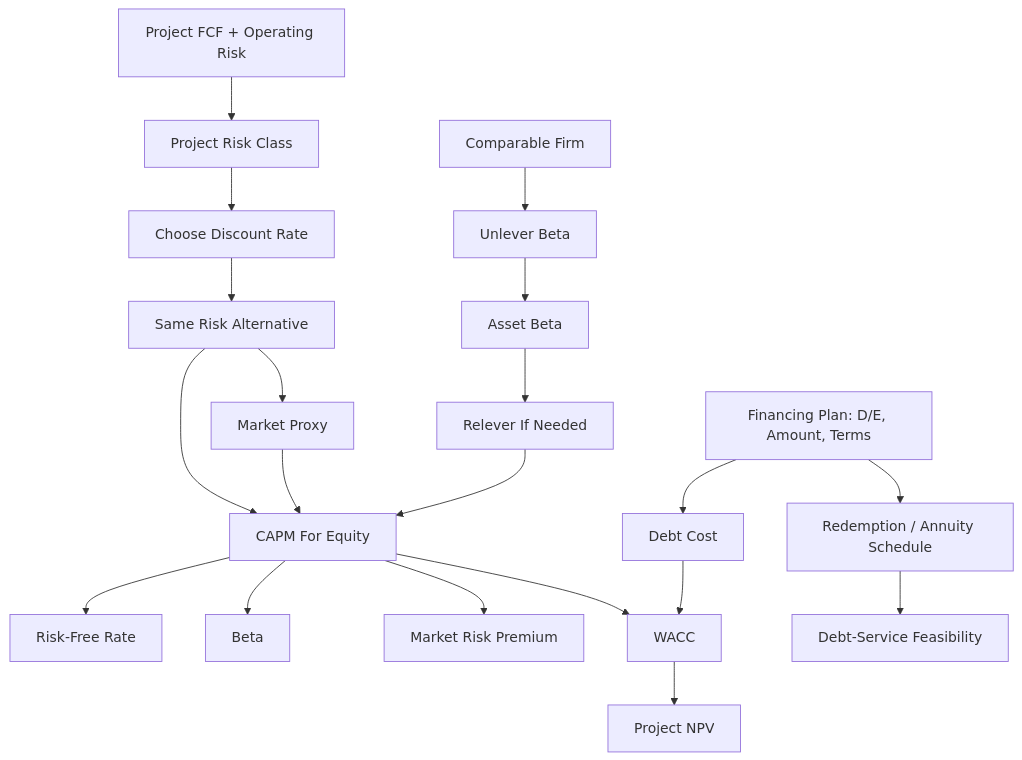
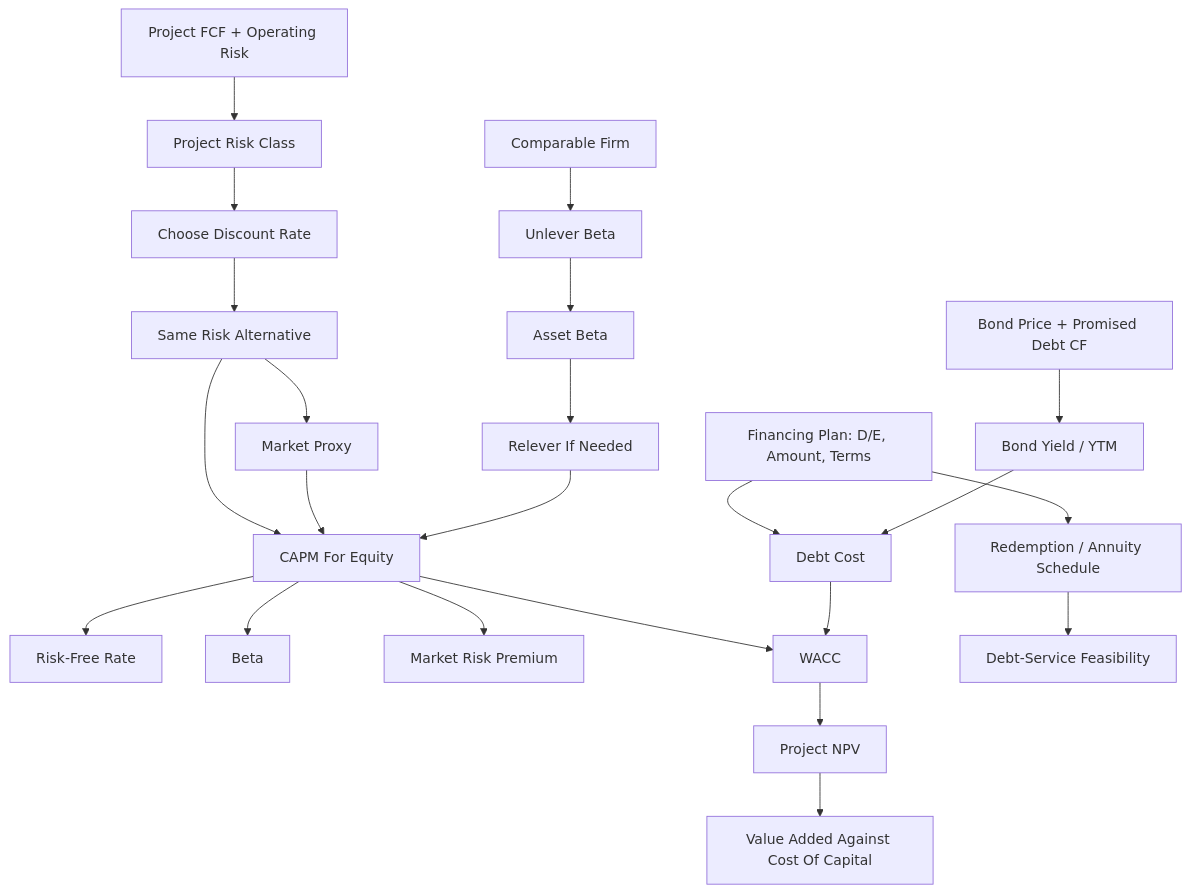
The diagram in finance-and-investment-management/wiki/session-07-08-cost-of-capital/CONTEXT.md (aerkn1/TUM-semester-2), drawn with Mermaid before and after one commit. The commit also changed other lines of this file and 173 other files, not shown here.

````diff
--- a/finance-and-investment-management/wiki/session-07-08-cost-of-capital/CONTEXT.md
+++ b/finance-and-investment-management/wiki/session-07-08-cost-of-capital/CONTEXT.md
@@ -161,22 +209,25 @@
 ```mermaid
 flowchart TD
     A[Project FCF + Operating Risk] --> R[Project Risk Class]
     R --> B[Choose Discount Rate]
     B --> C[Same Risk Alternative]
     C --> D[CAPM For Equity]
     C --> MP[Market Proxy]
     MP --> D
     D --> E[Risk-Free Rate]
     D --> F[Beta]
     D --> G[Market Risk Premium]
     PLAN[Financing Plan: D/E, Amount, Terms] --> H[Debt Cost]
+    BP[Bond Price + Promised Debt CF] --> BY[Bond Yield / YTM]
+    BY --> H
     PLAN --> RED[Redemption / Annuity Schedule]
     D --> I[WACC]
     H --> I
     I --> NPV[Project NPV]
+    NPV --> VA[Value Added Against Cost Of Capital]
     RED --> LIQ[Debt-Service Feasibility]
     J[Comparable Firm] --> K[Unlever Beta]
     K --> L[Asset Beta]
     L --> M[Relever If Needed]
     M --> D
 ```
````
